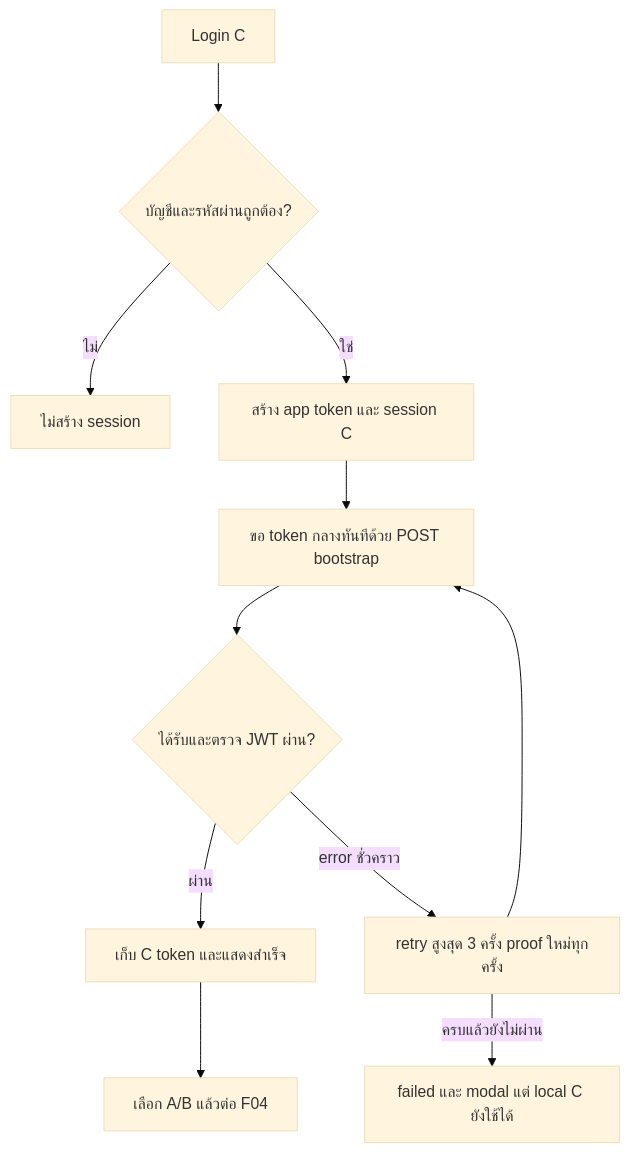
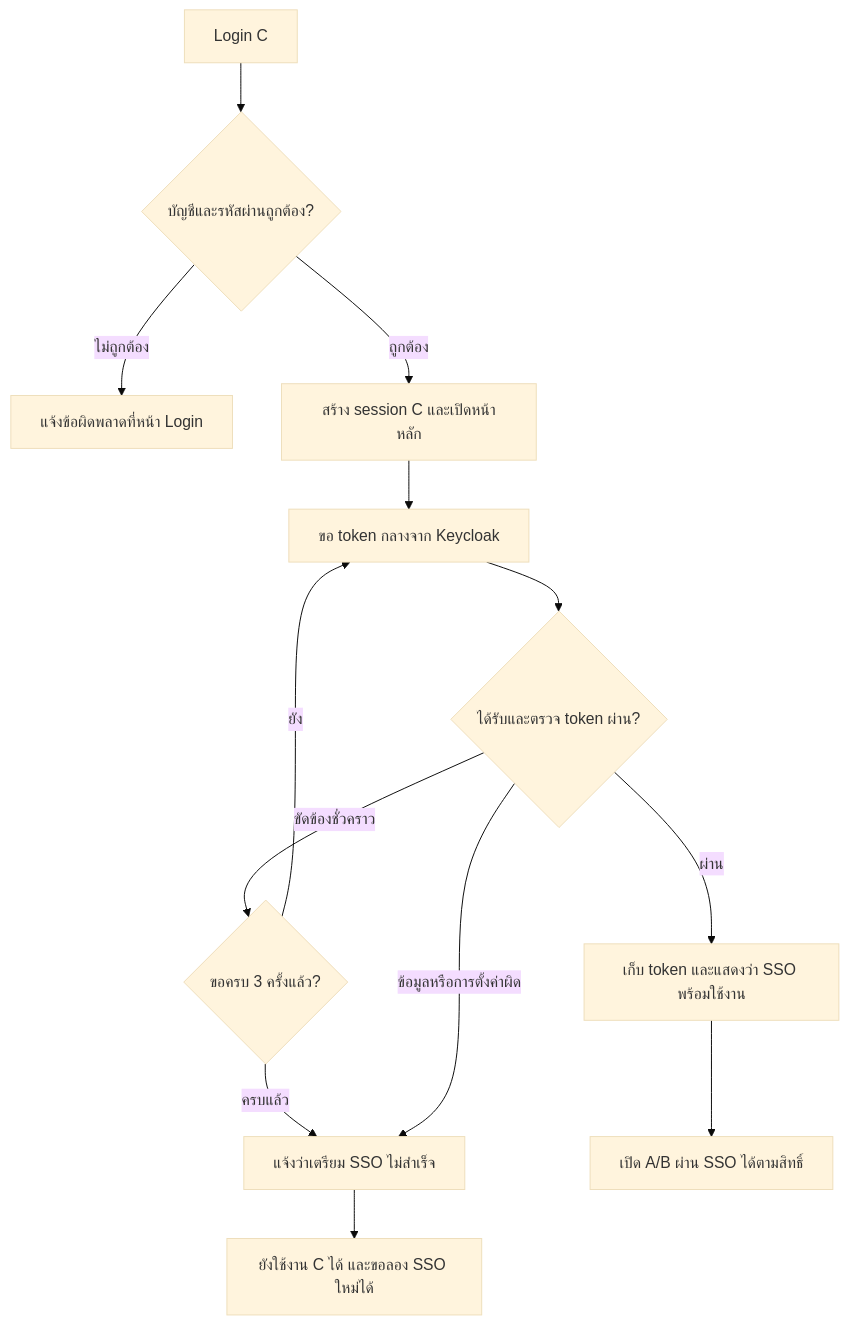
Before and after one commit to Sin1apachai/poc_sso: the fourth of 22 diagrams in docs/flows/LOGIN-AND-SESSION.md, drawn with Mermaid (base theme). The commit also changed other lines of this file and 69 other files, not shown here.

Commit message:
Add IdP heartbeat, Keycloak API collection and revised SSO guides

````diff
--- a/docs/flows/LOGIN-AND-SESSION.md
+++ b/docs/flows/LOGIN-AND-SESSION.md
@@ -72,13 +79,15 @@
 ```mermaid
 flowchart TD
     L[Login C] --> V{บัญชีและรหัสผ่านถูกต้อง?}
-    V -->|ไม่| E[ไม่สร้าง session]
-    V -->|ใช่| S[สร้าง app token และ session C]
-    S --> B[ขอ token กลางทันทีด้วย POST bootstrap]
-    B --> T{ได้รับและตรวจ JWT ผ่าน?}
-    T -->|ผ่าน| R[เก็บ C token และแสดงสำเร็จ]
-    T -->|error ชั่วคราว| Y[retry สูงสุด 3 ครั้ง proof ใหม่ทุกครั้ง]
-    Y --> B
-    Y -->|ครบแล้วยังไม่ผ่าน| F[failed และ modal แต่ local C ยังใช้ได้]
-    R --> A[เลือก A/B แล้วต่อ F04]
+    V -->|ไม่ถูกต้อง| E[แจ้งข้อผิดพลาดที่หน้า Login]
+    V -->|ถูกต้อง| S[สร้าง session C และเปิดหน้าหลัก]
+    S --> B[ขอ token กลางจาก Keycloak]
+    B --> T{ได้รับและตรวจ token ผ่าน?}
+    T -->|ผ่าน| R[เก็บ token และแสดงว่า SSO พร้อมใช้งาน]
+    T -->|ขัดข้องชั่วคราว| Y{ขอครบ 3 ครั้งแล้ว?}
+    Y -->|ยัง| B
+    Y -->|ครบแล้ว| F[แจ้งว่าเตรียม SSO ไม่สำเร็จ]
+    T -->|ข้อมูลหรือการตั้งค่าผิด| F
+    F --> C[ยังใช้งาน C ได้ และขอลอง SSO ใหม่ได้]
+    R --> A[เปิด A/B ผ่าน SSO ได้ตามสิทธิ์]
 ```
````
